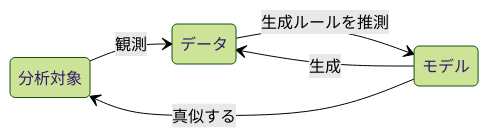
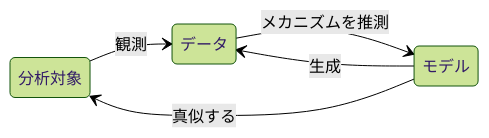
One commit to lvzeyu/social_modeling_lecture changed the second of 2 diagrams in lecture2/slides.md. Above: the diagram before and after it, drawn with Mermaid (forest theme). The commit also changed other lines of this file and 3 other files, not shown here.

````diff
--- a/lecture2/slides.md
+++ b/lecture2/slides.md
@@ -122,13 +122,13 @@
 ```mermaid {theme: 'neutral', scale: 1}
 stateDiagram
     direction LR
 
     state 分析対象
     state データ
     state モデル
 
     分析対象 --> データ : 観測
     モデル --> データ : 生成
-    データ --> モデル : 生成ルールを推測
+    データ --> モデル : メカニズムを推測
     モデル --> 分析対象: 真似する
 ```
````
